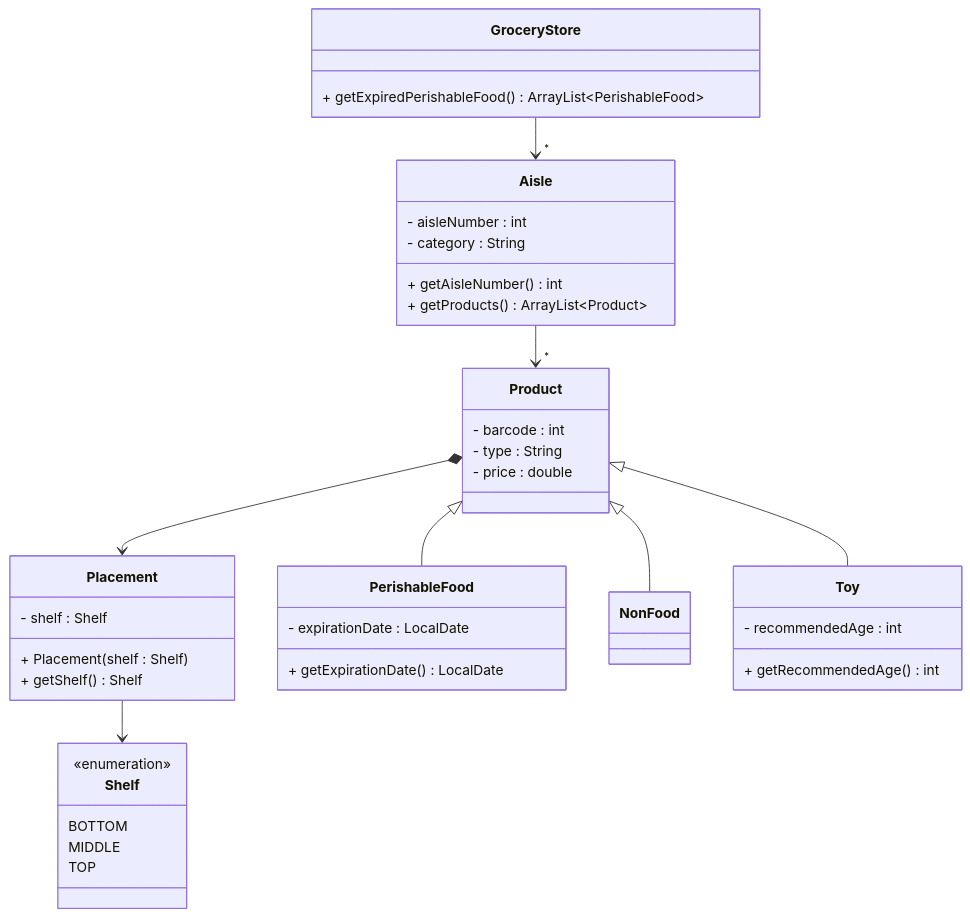
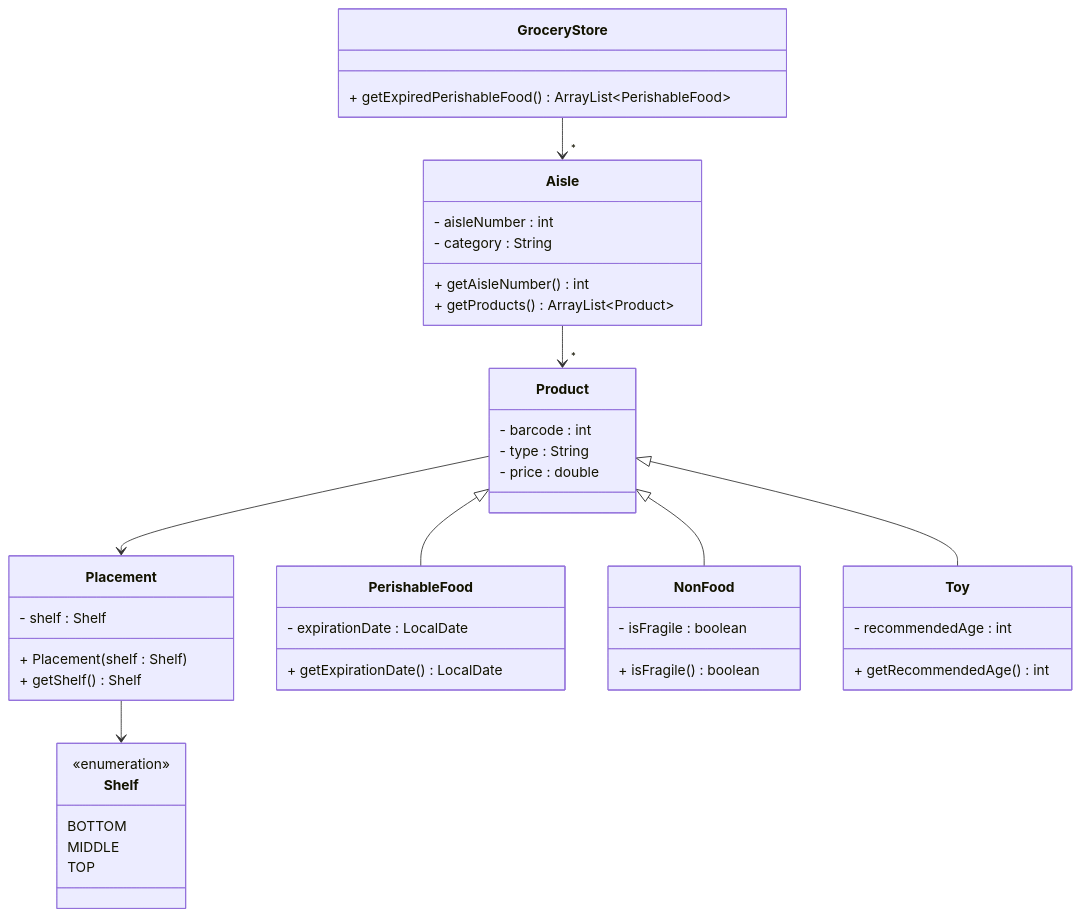
Before and after one commit to TroelsMortensen/Codelabs2: the diagram in Articles/Session 24 - Exam/005 Exercise 4 - Grocery Store.md, drawn with Mermaid. The commit also changed 4 other files, not shown here.

````diff
--- a/Articles/Session 24 - Exam/005 Exercise 4 - Grocery Store.md
+++ b/Articles/Session 24 - Exam/005 Exercise 4 - Grocery Store.md
@@ -5,53 +5,55 @@
 ```mermaid
 classDiagram
     class GroceryStore {
         + getExpiredPerishableFood() ArrayList~PerishableFood~
     }
     
     class Aisle {
         - aisleNumber : int
         - category : String
         + getAisleNumber() int
         + getProducts() ArrayList~Product~
     }
     
     class Product {
         - barcode : int
         - type : String
         - price : double
     }
     
     class Placement {
         - shelf : Shelf
         + Placement(shelf : Shelf)
         + getShelf() Shelf
     }
     
     class Shelf {
         <<enumeration>>
         BOTTOM
         MIDDLE
         TOP
     }
     
     class PerishableFood {
         - expirationDate : LocalDate
         + getExpirationDate() LocalDate
     }
     
     class NonFood {
+        - isFragile : boolean
+        + isFragile() boolean
     }
     
     class Toy {
         - recommendedAge : int
         + getRecommendedAge() int
     }
     
     GroceryStore --> "*" Aisle
     Aisle --> "*" Product
-    Product *--> Placement
+    Product --> Placement
     Placement --> Shelf
     Product <|-- PerishableFood
     Product <|-- NonFood
     Product <|-- Toy
 ```
````
